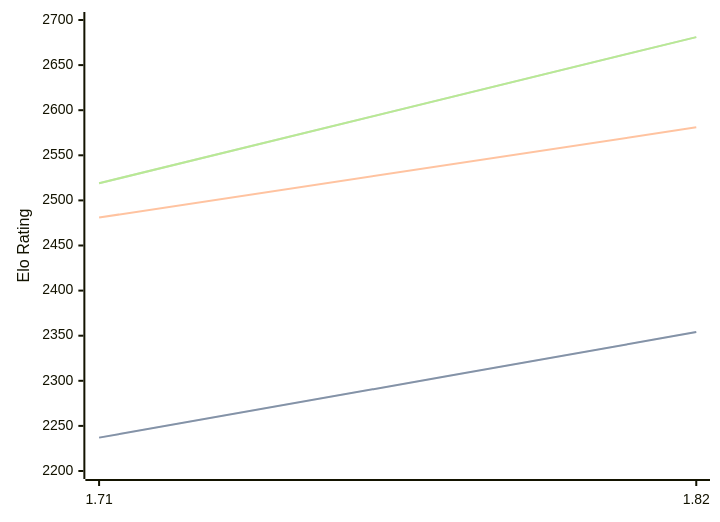
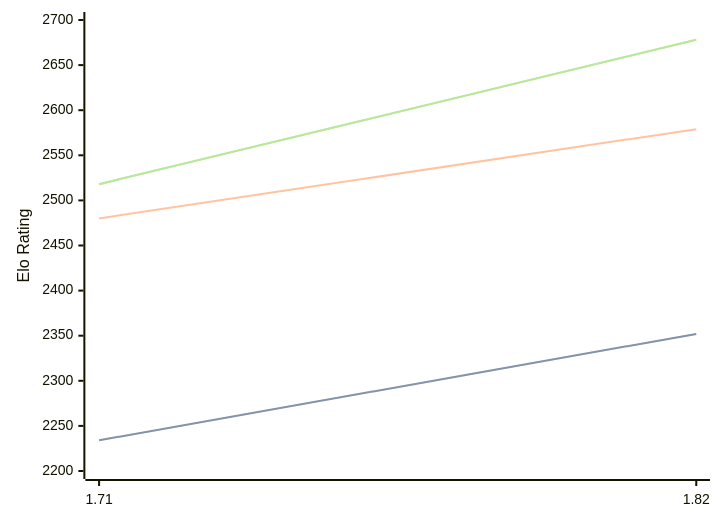
The diagram in engines/Amira.md (computer-chess-index/cci), drawn with Mermaid before and after one commit. The commit also changed other lines of this file, not shown here.

Commit message:
Update CCI Ratings (ELO VLTC) - 2026-02-18

````diff
--- a/engines/Amira.md
+++ b/engines/Amira.md
@@ -32,11 +32,11 @@
 ```mermaid
 %%{init: {"theme":"base","themeVariables":{"seriesColors:['#a3a3a3','#222221','#faa371']}}}%%
 xychart-beta
   x-axis ["1.71", "1.82"]
   y-axis "Elo Rating" 2200 --> 2700
-  line "STC (8.0+0.08s)" [2237, 2354]
-  line "STC (8.0+0.08s)" [2237, 2354]
-  line "LTC (60.0+0.60s)" [2481, 2581]
-  line "VLTC (2m24s+1.12s)" [2519, 2681]
-  line "VLTC (2m24s+1.12s)" [2519, 2681]
+  line "STC (8.0+0.08s)" [2234, 2352]
+  line "STC (8.0+0.08s)" [2234, 2352]
+  line "LTC (60.0+0.60s)" [2480, 2579]
+  line "VLTC (2m24s+1.12s)" [2518, 2678]
+  line "VLTC (2m24s+1.12s)" [2518, 2678]
 ```
````
